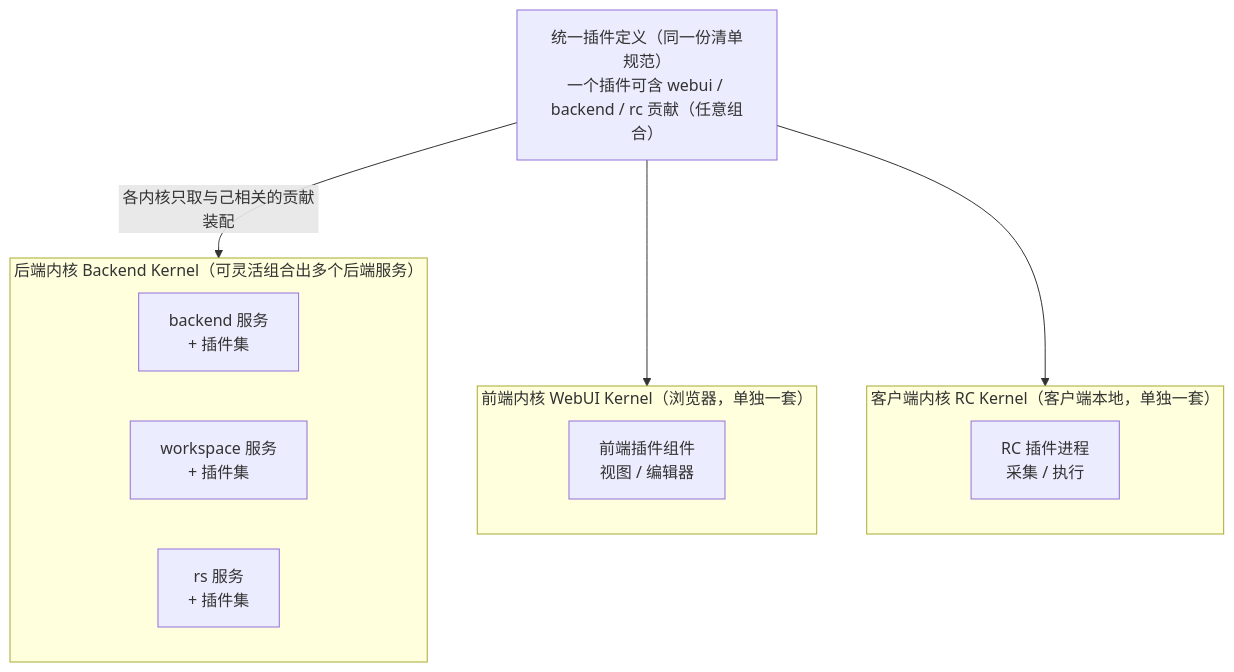
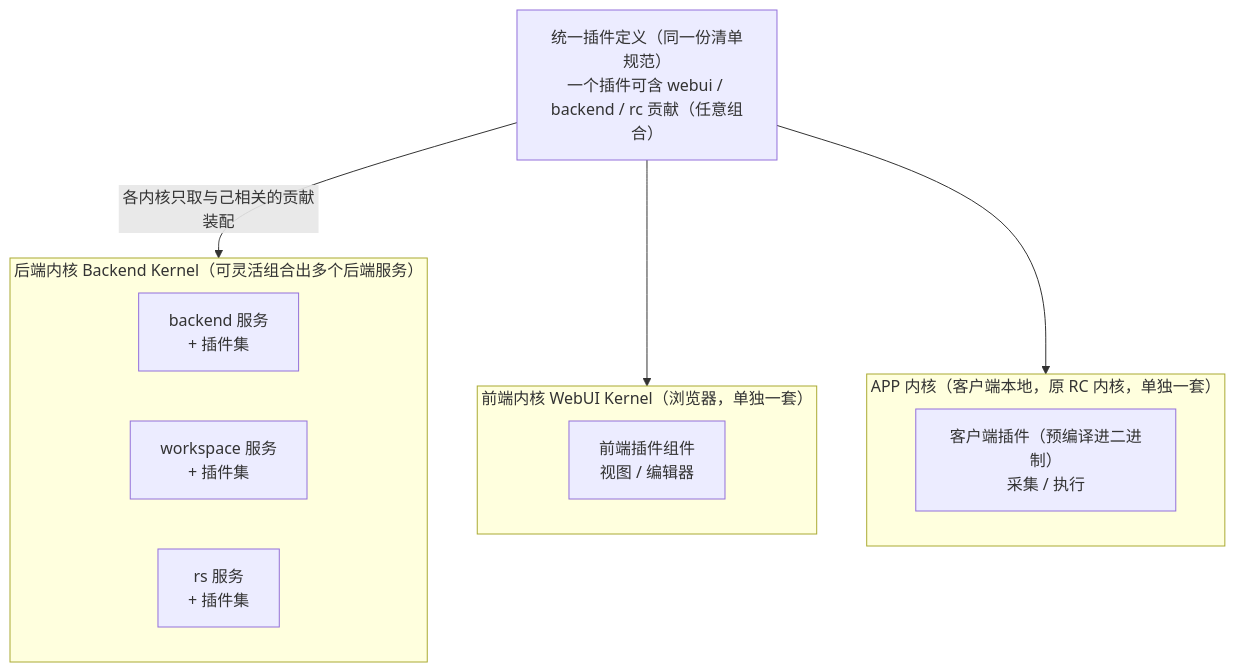
The first of 5 diagrams in docs/dev/architecture/系统架构.md (yandt/VastPlan), drawn with Mermaid before and after one commit. The commit also changed other lines of this file and 6 other files, not shown here.

````diff
--- a/docs/dev/architecture/系统架构.md
+++ b/docs/dev/architecture/系统架构.md
@@ -73,23 +75,23 @@
 ```mermaid
 flowchart TB
   DEF["统一插件定义（同一份清单规范）<br/>一个插件可含 webui / backend / rc 贡献（任意组合）"]
 
   DEF -->|各内核只取与己相关的贡献装配| BK
   DEF --> WK
   DEF --> RK
 
   subgraph BK["后端内核 Backend Kernel（可灵活组合出多个后端服务）"]
     direction LR
     B1["backend 服务<br/>+ 插件集"]
     B2["workspace 服务<br/>+ 插件集"]
     B3["rs 服务<br/>+ 插件集"]
   end
 
   subgraph WK["前端内核 WebUI Kernel（浏览器，单独一套）"]
     W1["前端插件组件<br/>视图 / 编辑器"]
   end
 
-  subgraph RK["客户端内核 RC Kernel（客户端本地，单独一套）"]
-    R1["RC 插件进程<br/>采集 / 执行"]
+  subgraph RK["APP 内核（客户端本地，原 RC 内核，单独一套）"]
+    R1["客户端插件（预编译进二进制）<br/>采集 / 执行"]
   end
 ```
````
